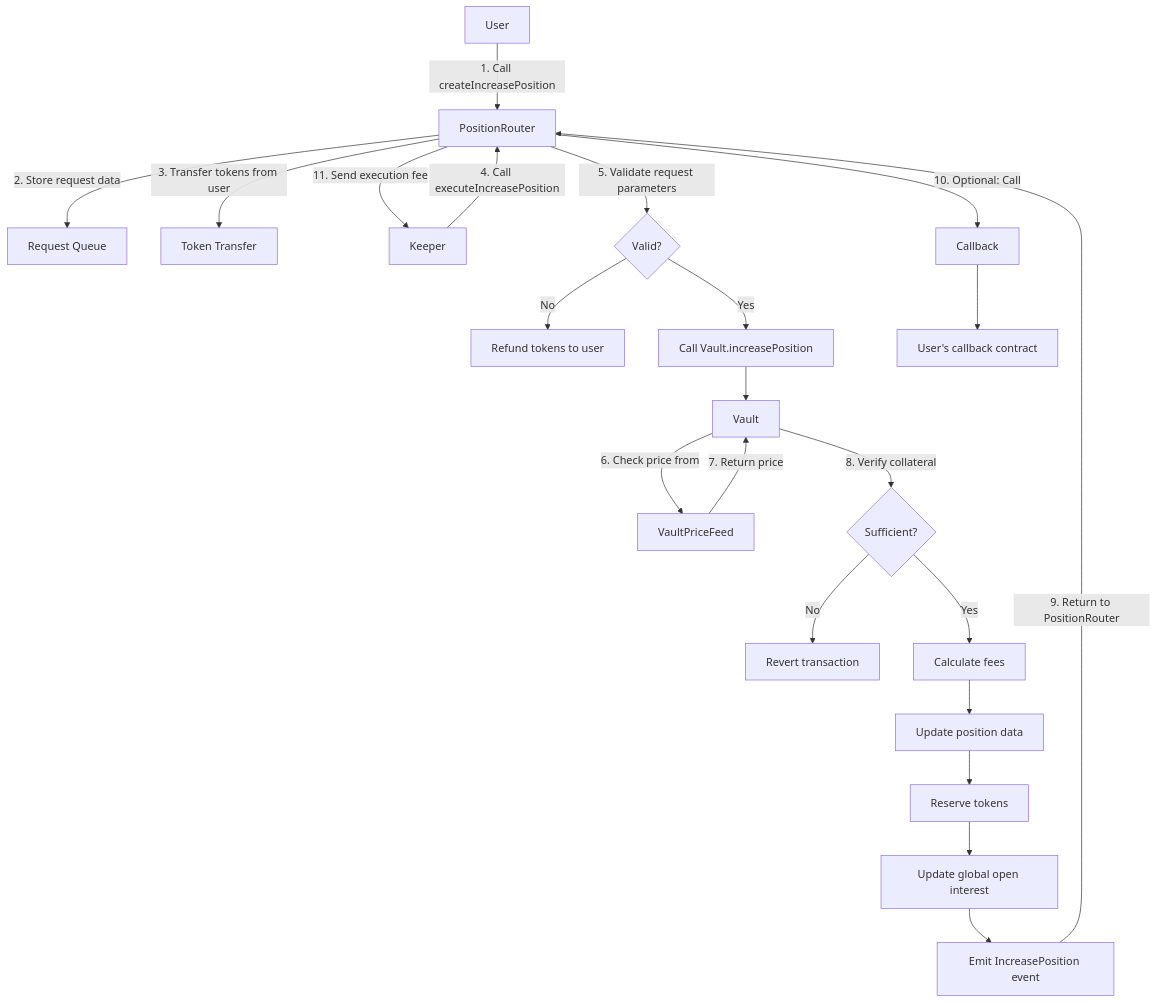
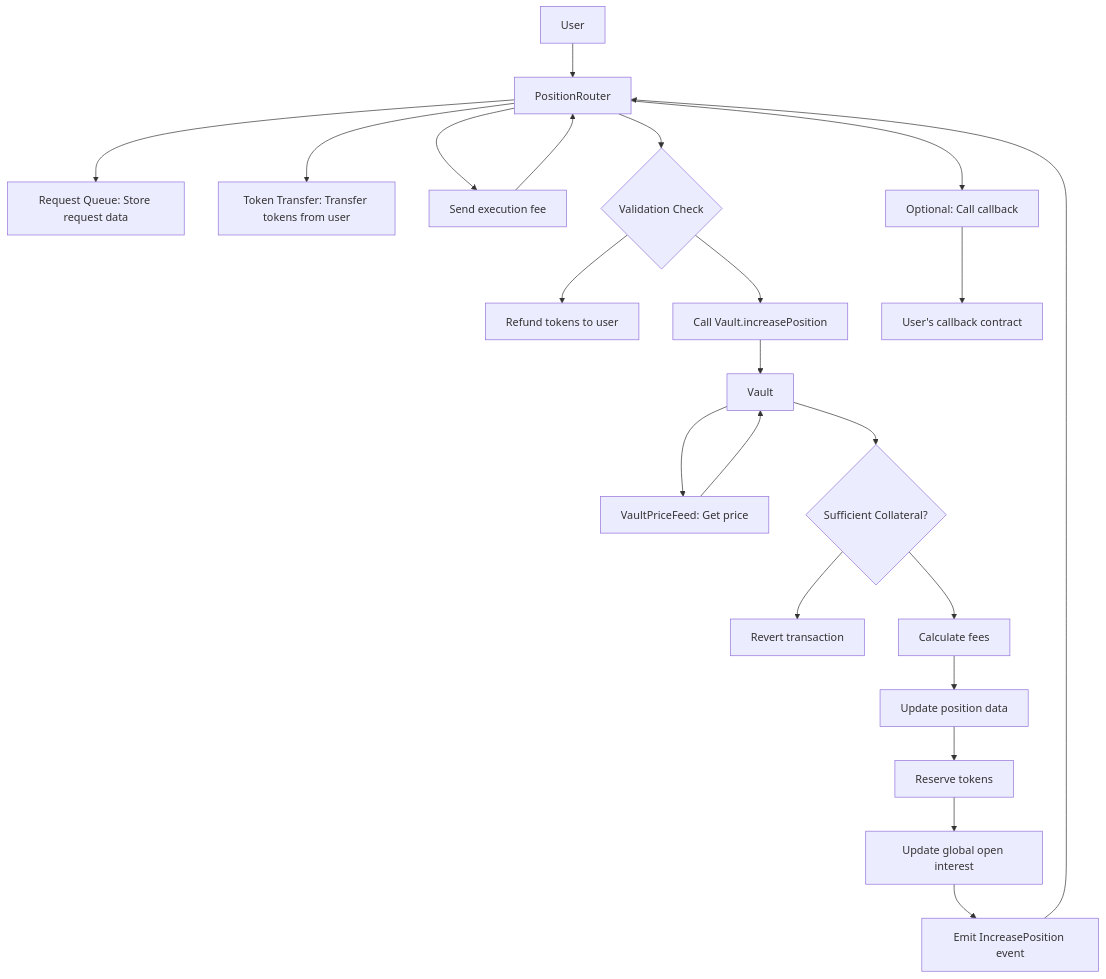
Before and after one commit to cinojosa0705/documentation: the first of 3 diagrams in contracts/vault.mdx, drawn with Mermaid. The commit also changed other lines of this file, not shown here.

Commit message:
fix flow charts

````diff
--- a/contracts/vault.mdx
+++ b/contracts/vault.mdx
@@ -259,24 +259,24 @@
 ```mermaid
-flowchart TD
-    A[User] -->|1. Call createIncreasePosition| B[PositionRouter]
-    B -->|2. Store request data| C[Request Queue]
-    B -->|3. Transfer tokens from user| D[Token Transfer]
-    E[Keeper] -->|4. Call executeIncreasePosition| B
-    B -->|5. Validate request parameters| F{Valid?}
-    F -->|No| G[Refund tokens to user]
-    F -->|Yes| H[Call Vault.increasePosition]
-    H --> I[Vault]
-    I -->|6. Check price from| J[VaultPriceFeed]
-    J -->|7. Return price| I
-    I -->|8. Verify collateral| K{Sufficient?}
-    K -->|No| L[Revert transaction]
-    K -->|Yes| M[Calculate fees]
-    M --> N[Update position data]
-    N --> O[Reserve tokens]
-    O --> P[Update global open interest]
-    P --> Q[Emit IncreasePosition event]
-    Q -->|9. Return to PositionRouter| B
-    B -->|10. Optional: Call| R[Callback]
-    R --> S[User's callback contract]
-    B -->|11. Send execution fee| E
+graph TD
+    User["User"] --> PositionRouter["PositionRouter"]
+    PositionRouter --> RequestQueue["Request Queue: Store request data"]
+    PositionRouter --> TokenTransfer["Token Transfer: Transfer tokens from user"]
+    Keeper["Keeper"] --> PositionRouter
+    PositionRouter --> Valid{"Validation Check"}
+    Valid --> Refund["Refund tokens to user"]
+    Valid --> CallVault["Call Vault.increasePosition"]
+    CallVault --> Vault["Vault"]
+    Vault --> PriceFeed["VaultPriceFeed: Get price"]
+    PriceFeed --> Vault
+    Vault --> Sufficient{"Sufficient Collateral?"}
+    Sufficient --> Revert["Revert transaction"]
+    Sufficient --> Fees["Calculate fees"]
+    Fees --> UpdatePos["Update position data"]
+    UpdatePos --> Reserve["Reserve tokens"]
+    Reserve --> UpdateOI["Update global open interest"]
+    UpdateOI --> EmitEvent["Emit IncreasePosition event"]
+    EmitEvent --> PositionRouter
+    PositionRouter --> Callback["Optional: Call callback"]
+    Callback --> CallbackContract["User's callback contract"]
+    PositionRouter --> Keeper["Send execution fee"]
 ```
````
